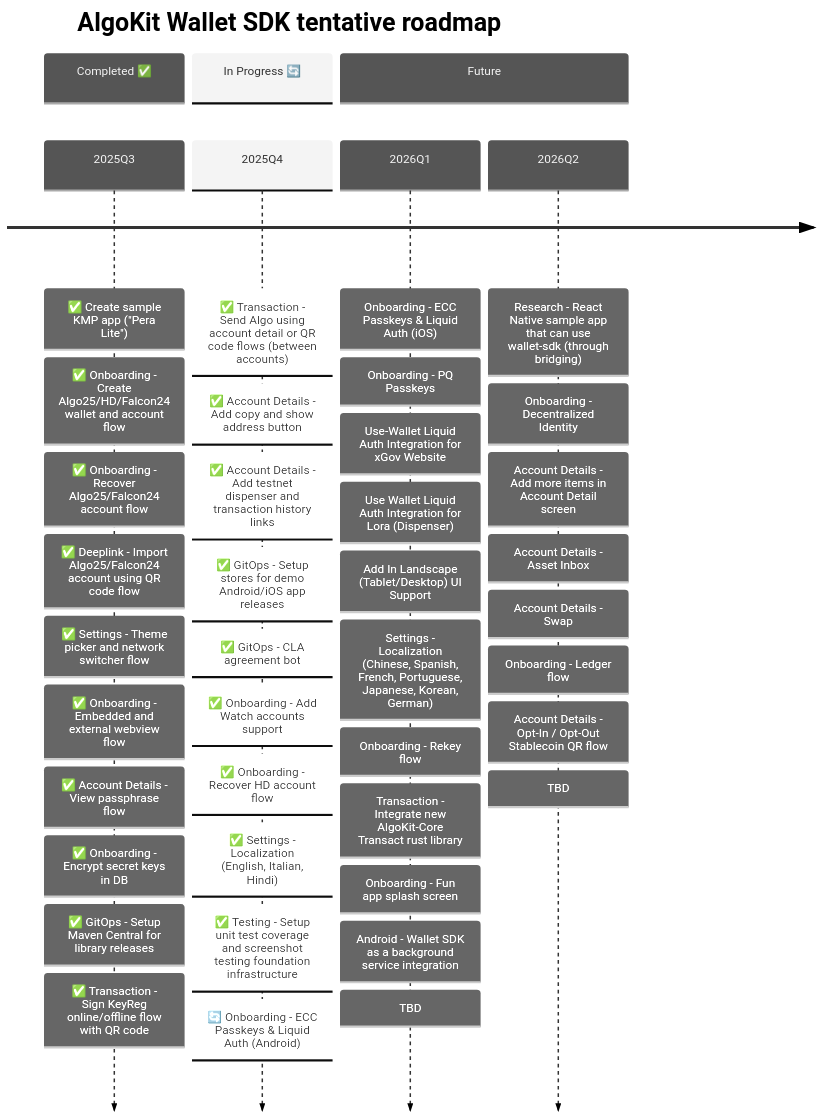
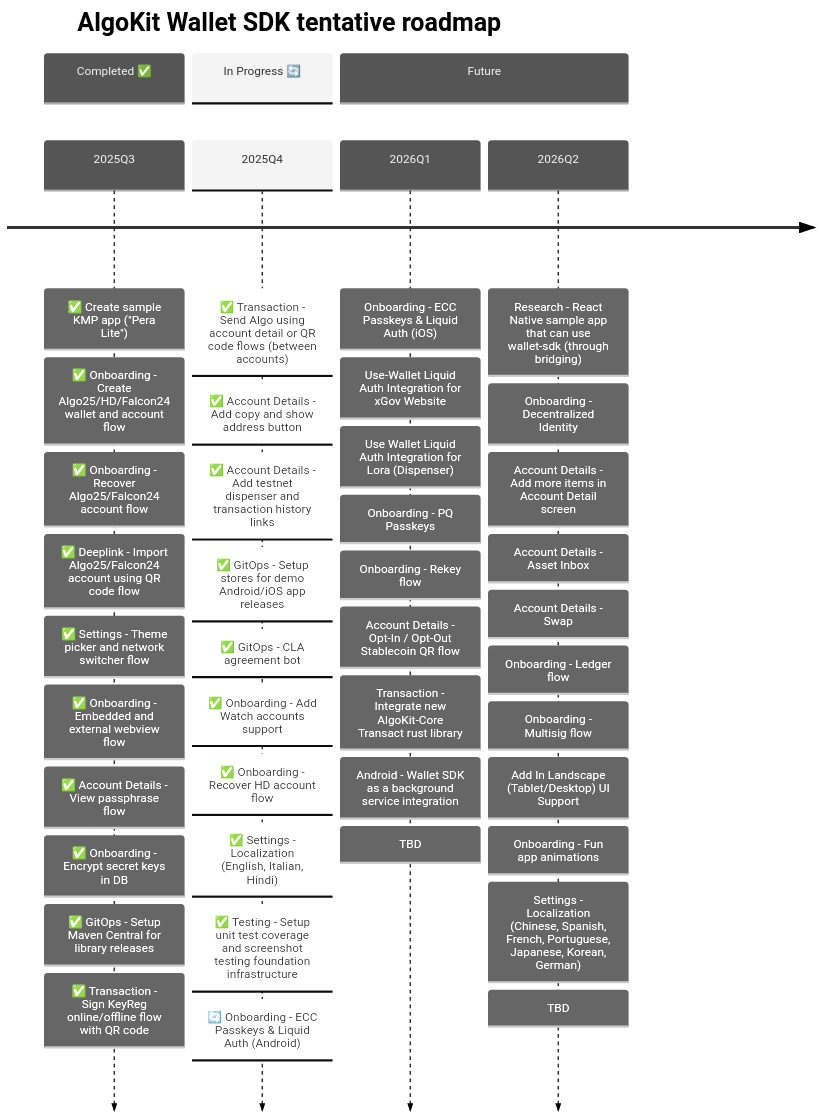
Before and after one commit to michaeltchuangllc/algokit-walletsdk-kmp: the second of 3 diagrams in README.md, drawn with Mermaid.

Commit message:
docs: update roadmap

````diff
--- a/README.md
+++ b/README.md
@@ -67,54 +67,55 @@
 ```mermaid
 ---
 config:
   theme: 'neutral'
 ---
 timeline
     title AlgoKit Wallet SDK tentative roadmap
 
     section Completed ✅
     2025Q3  : ✅ Create sample KMP app ("Pera Lite")
             : ✅ Onboarding - Create Algo25/HD/Falcon24 wallet and account flow
             : ✅ Onboarding - Recover Algo25/Falcon24 account flow
             : ✅ Deeplink - Import Algo25/Falcon24 account using QR code flow
             : ✅ Settings - Theme picker and network switcher flow
             : ✅ Onboarding - Embedded and external webview flow
             : ✅ Account Details - View passphrase flow
             : ✅ Onboarding - Encrypt secret keys in DB
             : ✅ GitOps - Setup Maven Central for library releases
             : ✅ Transaction - Sign KeyReg online/offline flow with QR code
 
     section In Progress 🔄
     2025Q4  : ✅ Transaction - Send Algo using account detail or QR code flows (between accounts)
             : ✅ Account Details - Add copy and show address button
             : ✅ Account Details - Add testnet dispenser and transaction history links
             : ✅ GitOps - Setup stores for demo Android/iOS app releases
             : ✅ GitOps - CLA agreement bot
             : ✅ Onboarding - Add Watch accounts support
             : ✅ Onboarding - Recover HD account flow
             : ✅ Settings - Localization (English, Italian, Hindi)
             : ✅ Testing - Setup unit test coverage and screenshot testing foundation infrastructure
             : 🔄 Onboarding - ECC Passkeys & Liquid Auth (Android)
 
     section Future
     2026Q1  : Onboarding - ECC Passkeys & Liquid Auth (iOS)
-            : Onboarding - PQ Passkeys
             : Use-Wallet Liquid Auth Integration for xGov Website
             : Use Wallet Liquid Auth Integration for Lora (Dispenser)
-            : Add In Landscape (Tablet/Desktop) UI Support
-            : Settings - Localization (Chinese, Spanish, French, Portuguese, Japanese, Korean, German)
+            : Onboarding - PQ Passkeys
             : Onboarding - Rekey flow
+            : Account Details - Opt-In / Opt-Out Stablecoin QR flow
             : Transaction - Integrate new AlgoKit-Core Transact rust library
-            : Onboarding - Fun app splash screen
             : Android - Wallet SDK as a background service integration
             : TBD
     2026Q2   
             : Research - React Native sample app that can use wallet-sdk (through bridging)
             : Onboarding - Decentralized Identity
             : Account Details - Add more items in Account Detail screen
             : Account Details - Asset Inbox
             : Account Details - Swap
             : Onboarding - Ledger flow
-            : Account Details - Opt-In / Opt-Out Stablecoin QR flow
+            : Onboarding - Multisig flow
+            : Add In Landscape (Tablet/Desktop) UI Support
+            : Onboarding - Fun app animations
+            : Settings - Localization (Chinese, Spanish, French, Portuguese, Japanese, Korean, German)
             : TBD
 ```
````
